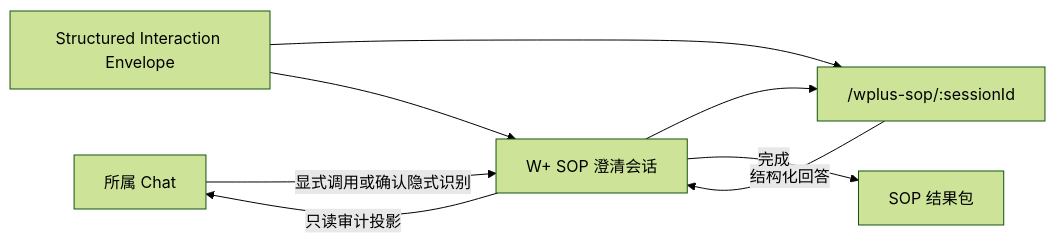
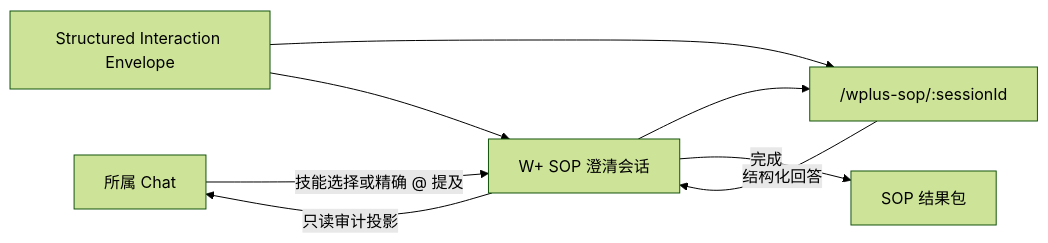
The first of 2 diagrams in docs/superpowers/specs/2026-07-17-wplus-sop-workspace-design.md (Kunhe-tes/CoPaw), drawn with Mermaid (forest theme) before and after one commit. The commit also changed other lines of this file and 35 other files, not shown here.

First line of the commit message:
feat(wplus-sop): workspace delivery, memory policy, and session management

````diff
--- a/docs/superpowers/specs/2026-07-17-wplus-sop-workspace-design.md
+++ b/docs/superpowers/specs/2026-07-17-wplus-sop-workspace-design.md
@@ -36,10 +36,10 @@
 ```mermaid
 flowchart LR
-    Chat["所属 Chat"] -->|"显式调用或确认隐式识别"| Session["W+ SOP 澄清会话"]
+    Chat["所属 Chat"] -->|"技能选择或精确 @ 提及"| Session["W+ SOP 澄清会话"]
     Session --> Workspace["/wplus-sop/:sessionId"]
     Workspace -->|"结构化回答"| Session
     Session -->|"只读审计投影"| Chat
     Session -->|"完成"| Bundle["SOP 结果包"]
     Envelope["Structured Interaction Envelope"] --> Workspace
     Envelope --> Session
 ```
````
